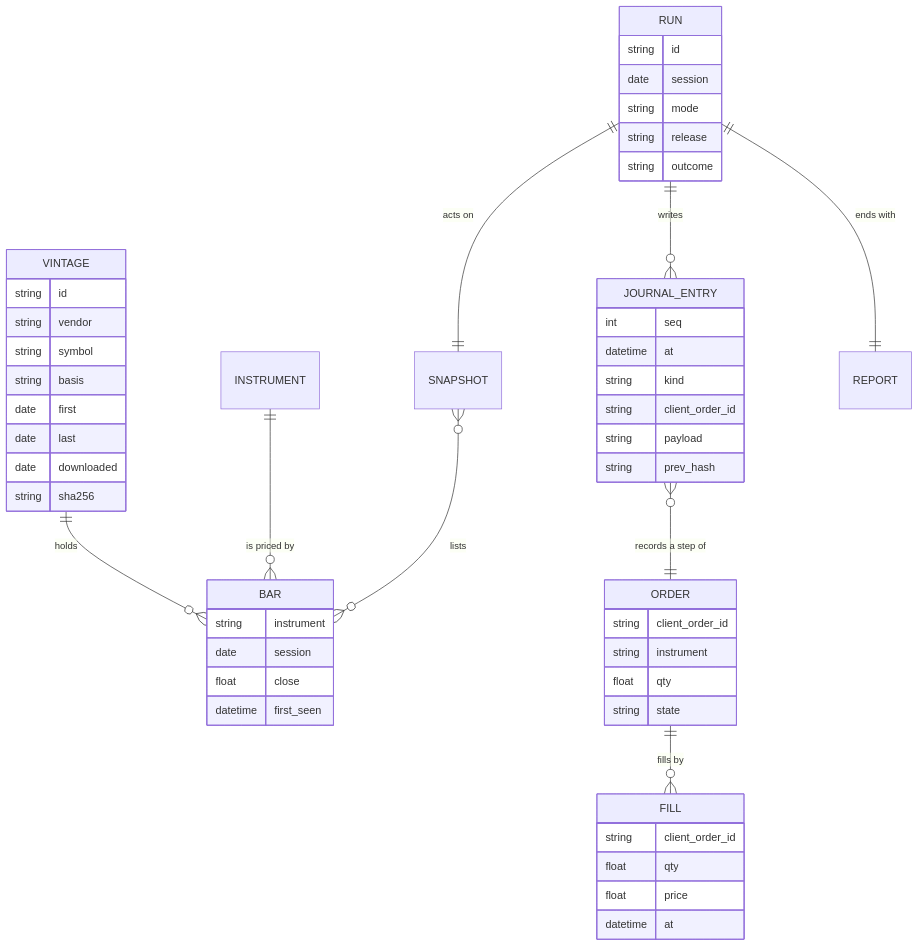
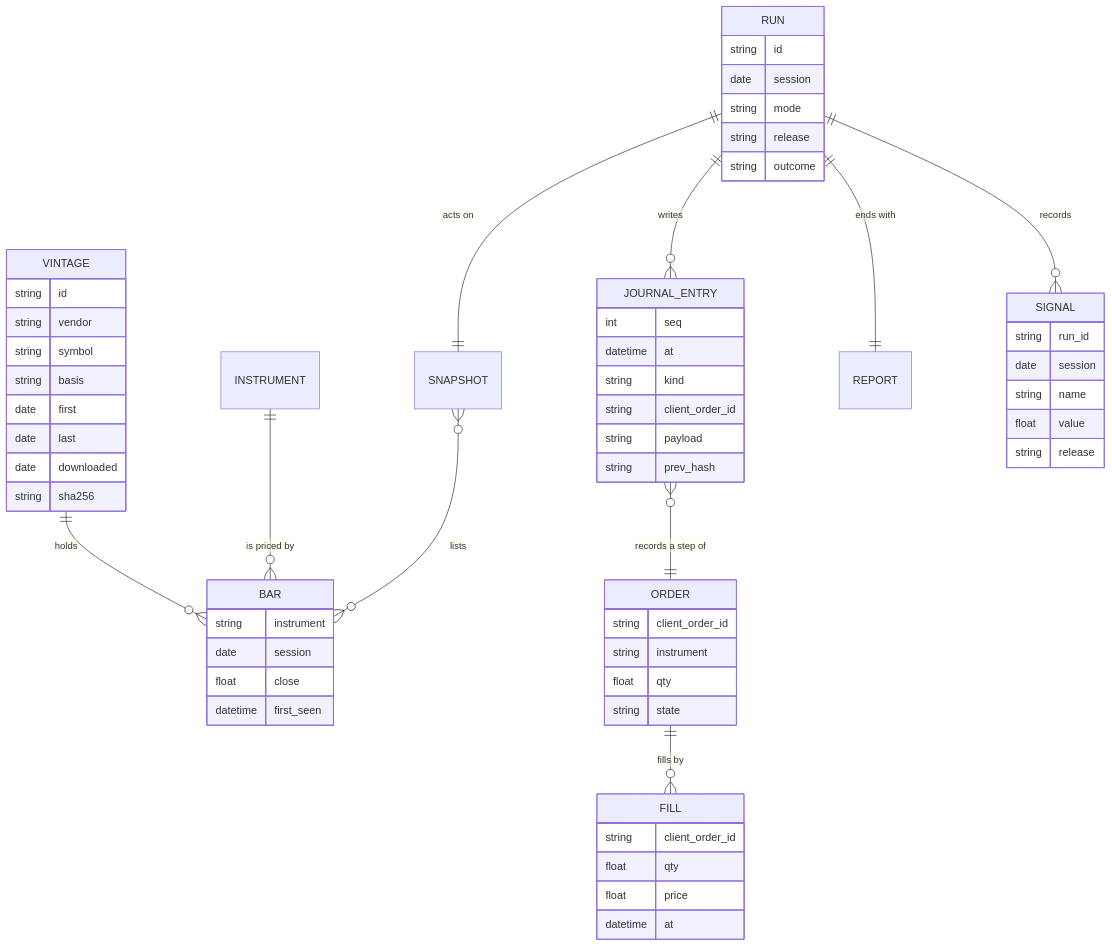
Before and after one commit to l3a0/ithildin-runtime: diagram 14 of 16 in docs/architecture.md, drawn with Mermaid. The commit also changed other lines of this file, not shown here.

First line of the commit message:
docs(architecture): make marketlake the one bar provider

````diff
--- a/docs/architecture.md
+++ b/docs/architecture.md
@@ -915,55 +930,63 @@
 ```mermaid
 erDiagram
     VINTAGE ||--o{ BAR : "holds"
     INSTRUMENT ||--o{ BAR : "is priced by"
     RUN ||--|| SNAPSHOT : "acts on"
     SNAPSHOT }o--o{ BAR : "lists"
     RUN ||--o{ JOURNAL_ENTRY : "writes"
     JOURNAL_ENTRY }o--|| ORDER : "records a step of"
     ORDER ||--o{ FILL : "fills by"
     RUN ||--|| REPORT : "ends with"
+    RUN ||--o{ SIGNAL : "records"
 
     VINTAGE {
         string id
         string vendor
         string symbol
         string basis
         date first
         date last
         date downloaded
         string sha256
     }
     BAR {
         string instrument
         date session
         float close
         datetime first_seen
     }
     RUN {
         string id
         date session
         string mode
         string release
         string outcome
     }
+    SIGNAL {
+        string run_id
+        date session
+        string name
+        float value
+        string release
+    }
     JOURNAL_ENTRY {
         int seq
         datetime at
         string kind
         string client_order_id
         string payload
         string prev_hash
     }
     ORDER {
         string client_order_id
         string instrument
         float qty
         string state
     }
     FILL {
         string client_order_id
         float qty
         float price
         datetime at
     }
 ```
````
